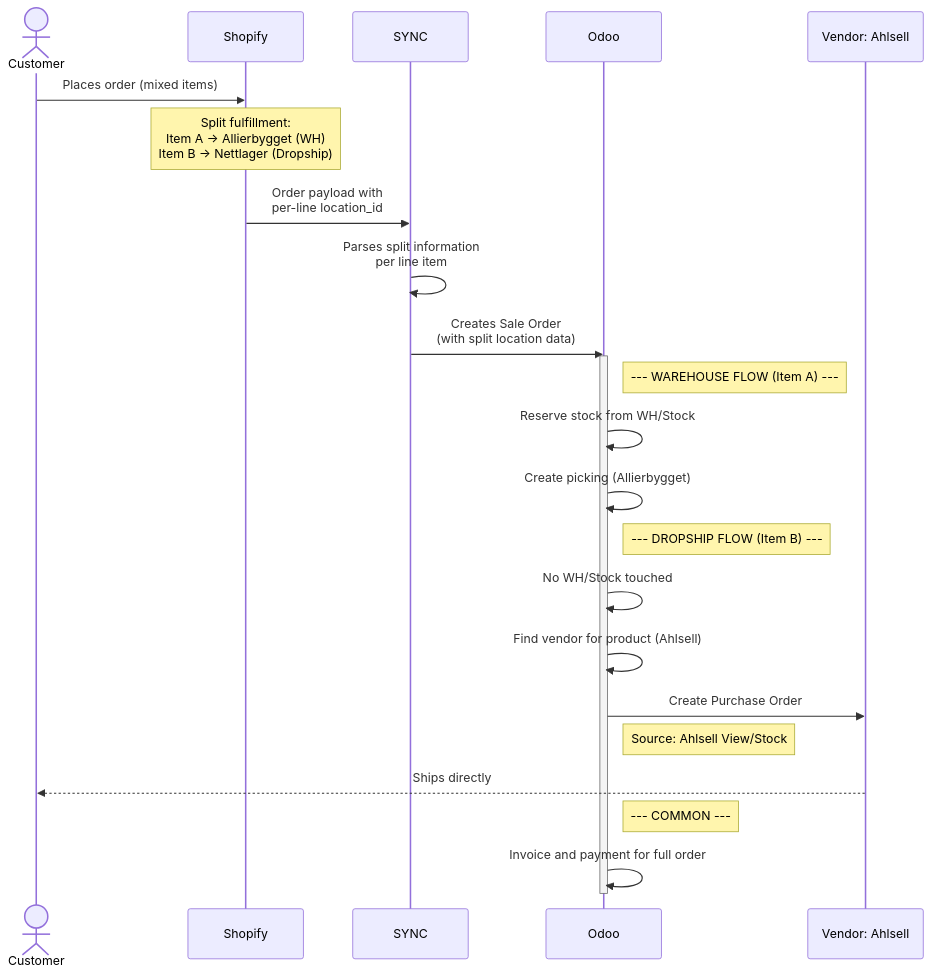
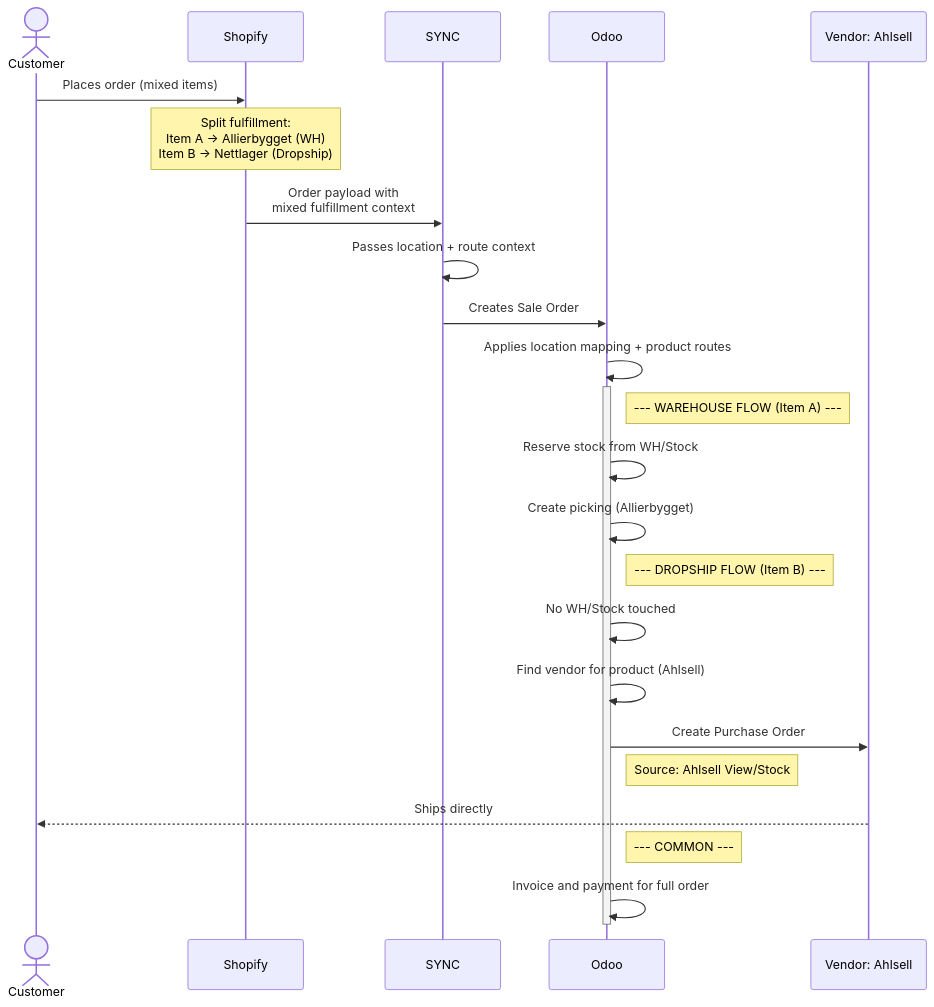
Before and after one commit to ozan-droid/documents: the eighth of 16 diagrams in shopify-sync-odoo-scenarios.md, drawn with Mermaid. The commit also changed other lines of this file, not shown here.

````diff
--- a/shopify-sync-odoo-scenarios.md
+++ b/shopify-sync-odoo-scenarios.md
@@ -345,32 +350,33 @@
 ```mermaid
 sequenceDiagram
     actor Customer
     participant Shopify
     participant SYNC
     participant Odoo
     participant Ahlsell as Vendor: Ahlsell
 
     Customer->>Shopify: Places order (mixed items)
     Note over Shopify: Split fulfillment:<br/>Item A → Allierbygget (WH)<br/>Item B → Nettlager (Dropship)
 
-    Shopify->>SYNC: Order payload with<br/>per-line location_id
+    Shopify->>SYNC: Order payload with<br/>mixed fulfillment context
 
-    SYNC->>SYNC: Parses split information<br/>per line item
-    SYNC->>Odoo: Creates Sale Order<br/>(with split location data)
+    SYNC->>SYNC: Passes location + route context
+    SYNC->>Odoo: Creates Sale Order
+    Odoo->>Odoo: Applies location mapping + product routes
 
     activate Odoo
     Note right of Odoo: --- WAREHOUSE FLOW (Item A) ---
     Odoo->>Odoo: Reserve stock from WH/Stock
     Odoo->>Odoo: Create picking (Allierbygget)
 
     Note right of Odoo: --- DROPSHIP FLOW (Item B) ---
     Odoo->>Odoo: No WH/Stock touched
     Odoo->>Odoo: Find vendor for product (Ahlsell)
     Odoo->>Ahlsell: Create Purchase Order
     Note right of Odoo: Source: Ahlsell View/Stock
     Ahlsell-->>Customer: Ships directly
 
     Note right of Odoo: --- COMMON ---
     Odoo->>Odoo: Invoice and payment for full order
     deactivate Odoo
 ```
````
